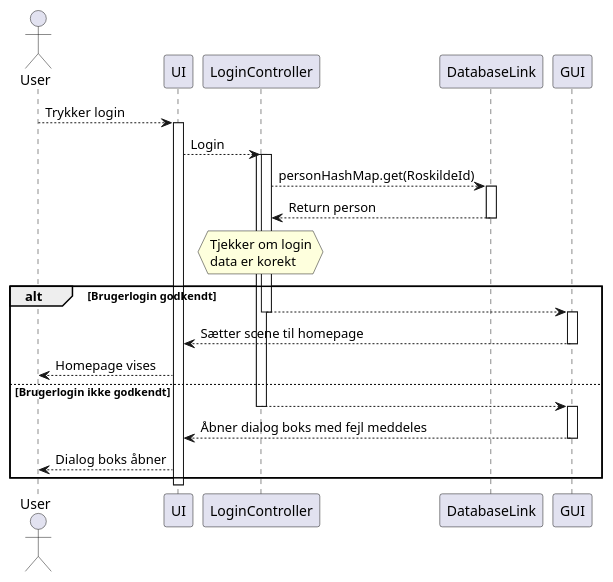
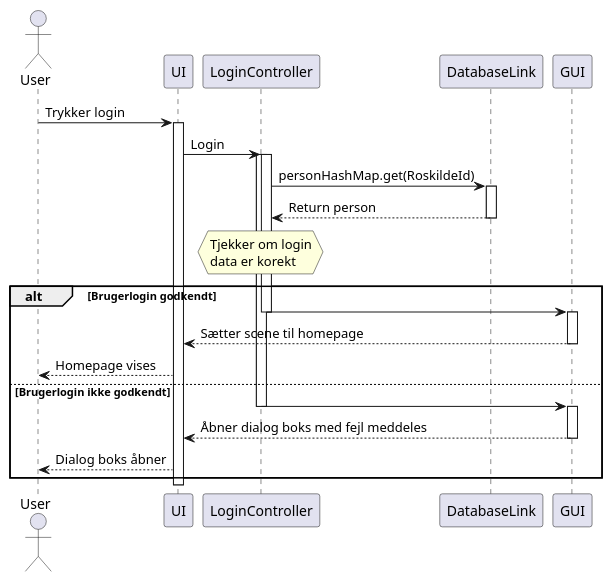
The diagram in src/grafik/sekvensdiagram_login.puml (juliusstr/RoskildeProjektFrivillige62514), drawn with PlantUML before and after one commit. The commit also changed 3 other files, not shown here.

Commit message:
sekvensdiagrammer done ich

```diff
--- a/src/grafik/sekvensdiagram_login.puml
+++ b/src/grafik/sekvensdiagram_login.puml
@@ -1,55 +1,55 @@
 @startuml
 'https://plantuml.com/sequence-diagram
 
 
 
 
 actor User as user
 participant UI
 participant LoginController
 participant DatabaseLink
 participant GUI
 
 
-user --> UI : Trykker login
+user -> UI : Trykker login
 activate UI
 
 
 
-UI --> LoginController : Login
+UI -> LoginController : Login
 activate LoginController
 activate LoginController
 
-LoginController --> DatabaseLink : personHashMap.get(RoskildeId)
+LoginController -> DatabaseLink : personHashMap.get(RoskildeId)
 activate DatabaseLink
 DatabaseLink --> LoginController :  Return person
 deactivate  DatabaseLink
 
 hnote over LoginController : Tjekker om login\ndata er korekt
 
 alt Brugerlogin godkendt
 
-    LoginController --> GUI
+    LoginController -> GUI
     deactivate LoginController
     activate GUI
     GUI --> UI : Sætter scene til homepage
 
     deactivate GUI
      UI --> user : Homepage vises
 else Brugerlogin ikke godkendt
-    LoginController --> GUI
+    LoginController -> GUI
     deactivate LoginController
     activate GUI
     GUI --> UI : Åbner dialog boks med fejl meddeles
     deactivate GUI
     UI --> user : Dialog boks åbner
 end
 
 deactivate UI
 
 
 
 
 
 
 @enduml
```
